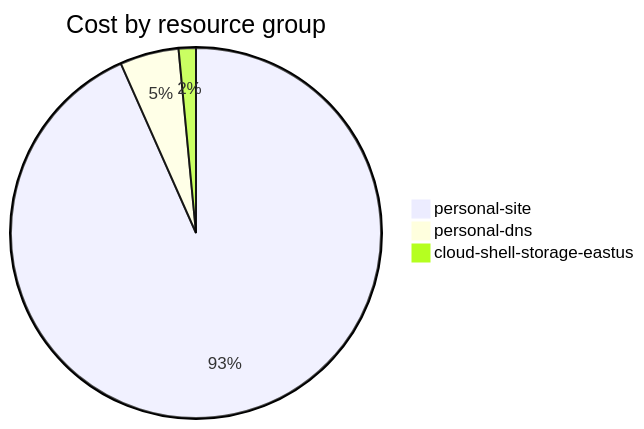
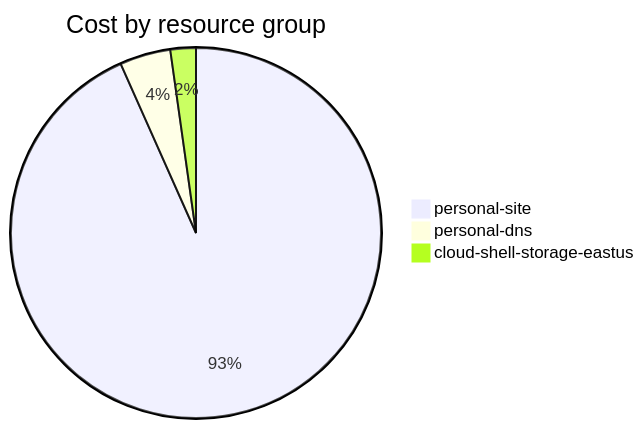
One commit to jpfulton/azure-personal-reports changed the fourth of 4 diagrams in cost-reports/accumulated-cost.md. Above: the diagram before and after it, drawn with Mermaid. The commit also changed other lines of this file and 4 other files, not shown here.

````diff
--- a/cost-reports/accumulated-cost.md
+++ b/cost-reports/accumulated-cost.md
@@ -143,7 +139,7 @@
 ```mermaid
 pie
    title Cost by resource group
-   "personal-site" : 17.98
-   "personal-dns" : 0.99
-   "cloud-shell-storage-eastus" : 0.29
+   "personal-site" : 0.42
+   "personal-dns" : 0.02
+   "cloud-shell-storage-eastus" : 0.01
 ```
````
